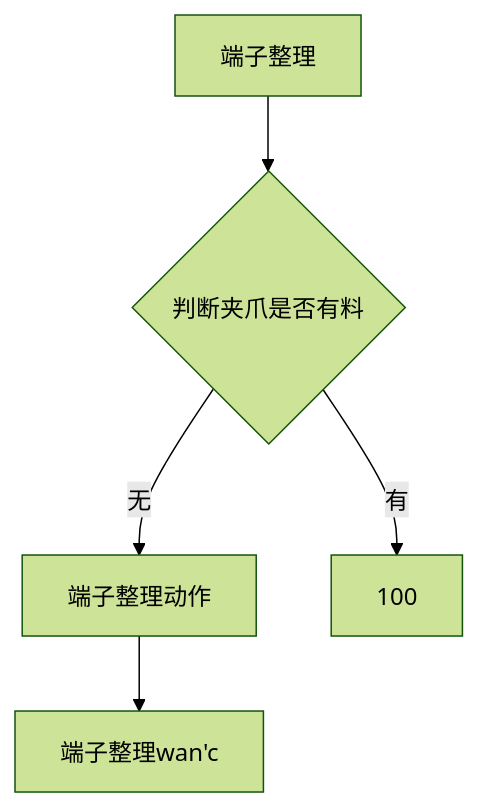
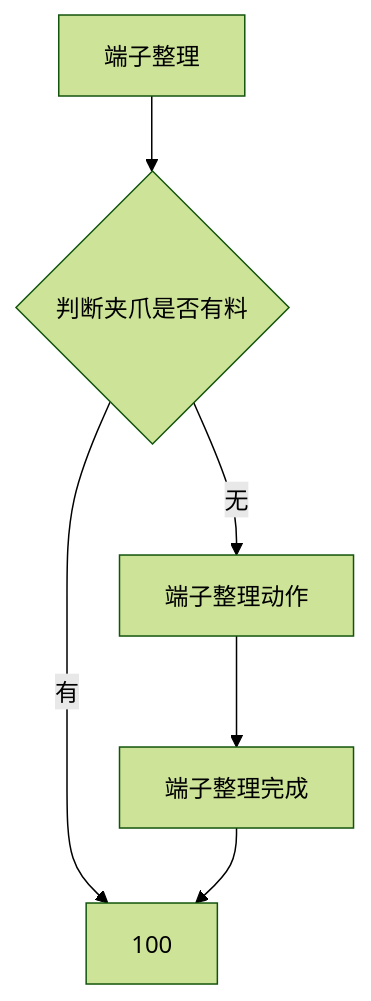
The diagram in all/VR-OP90端子整理1.md (zmq000/iodraw-files), drawn with Mermaid (forest theme) before and after one commit.

Commit message:
2026-06-18 16:01:12 update

````diff
--- a/all/VR-OP90端子整理1.md
+++ b/all/VR-OP90端子整理1.md
@@ -1,8 +1,8 @@
 ```mermaid
 graph TD
 0[端子整理]-->10
 10{判断夹爪是否有料}-->|无|20
 10-->|有|100
 20[端子整理动作]-->30
-30[端子整理wan'c]
+30[端子整理完成]-->100
 ```
````
